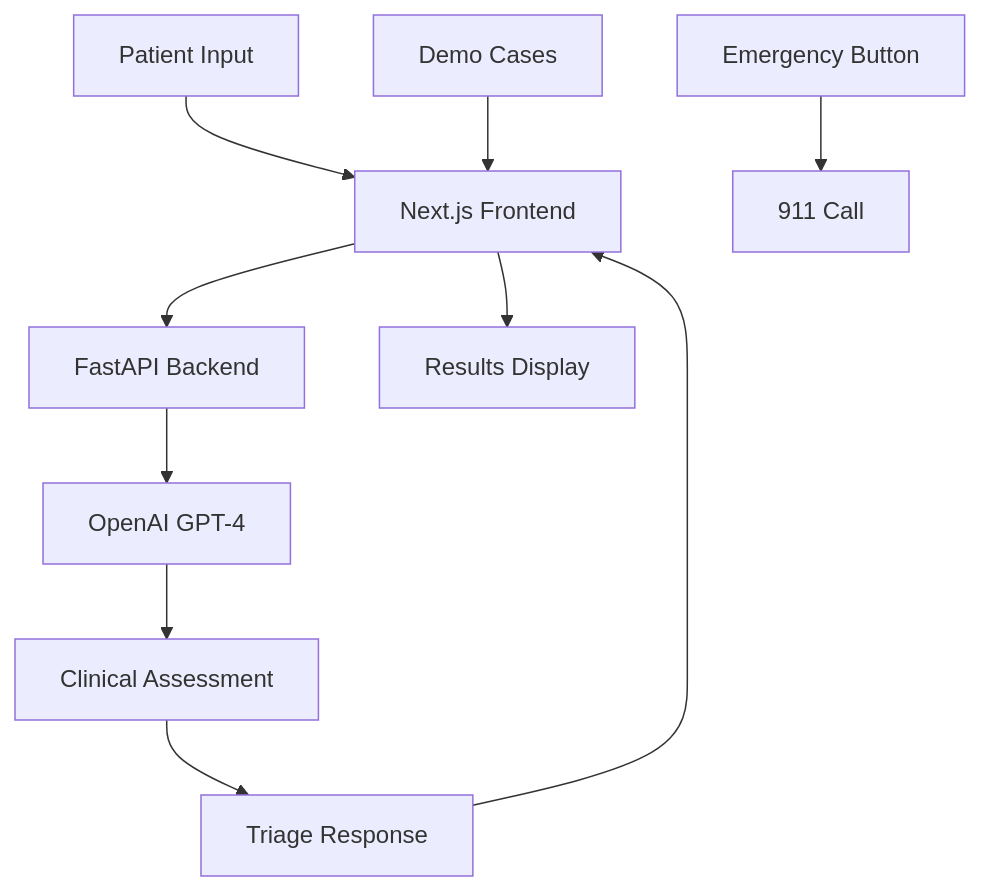
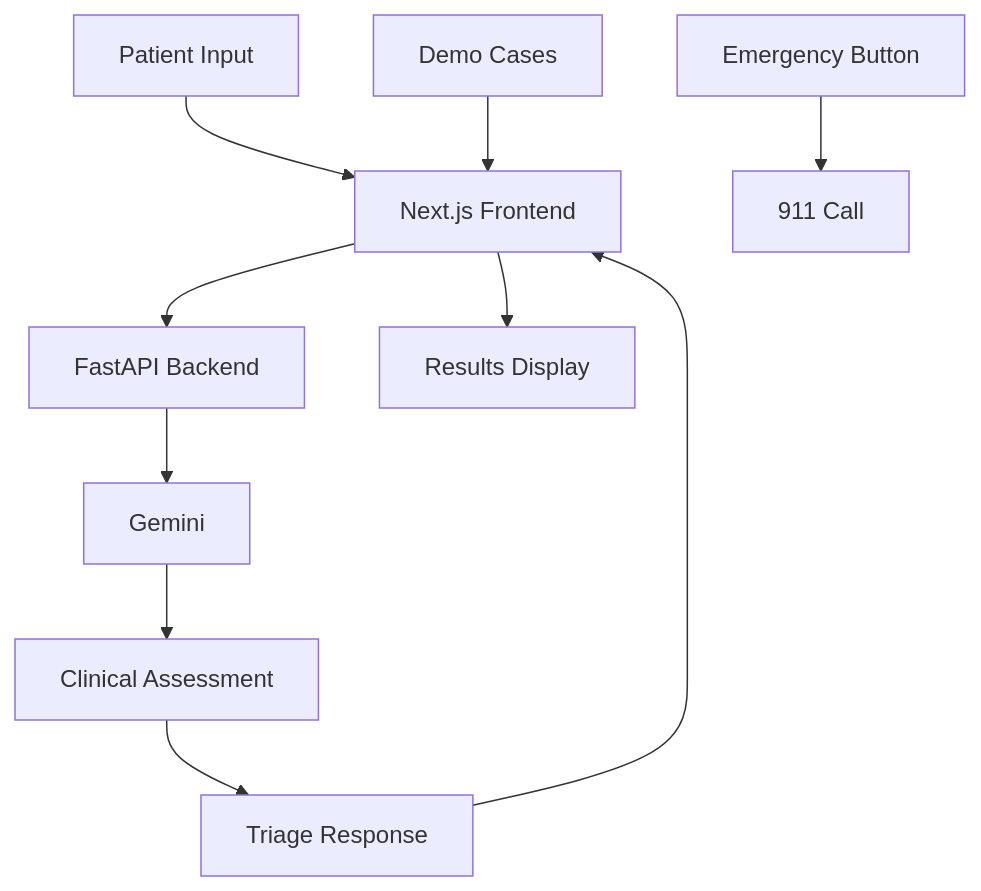
The diagram in README.md (nischal2805/microlabs_2), drawn with Mermaid before and after one commit.

Commit message:
Update diagram to replace GPT-4 with Gemini

````diff
--- a/README.md
+++ b/README.md
@@ -56,13 +56,13 @@
 ```mermaid
 graph TB
     A[Patient Input] --> B[Next.js Frontend]
     B --> C[FastAPI Backend]
-    C --> D[OpenAI GPT-4]
+    C --> D[Gemini]
     D --> E[Clinical Assessment]
     E --> F[Triage Response]
     F --> B
     B --> G[Results Display]
     
     H[Demo Cases] --> B
     I[Emergency Button] --> J[911 Call]
 ```
````
